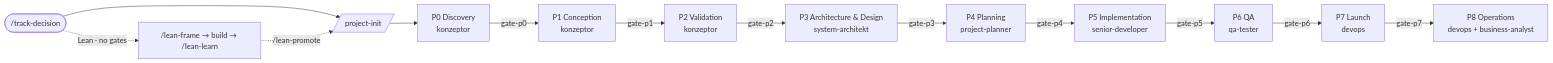
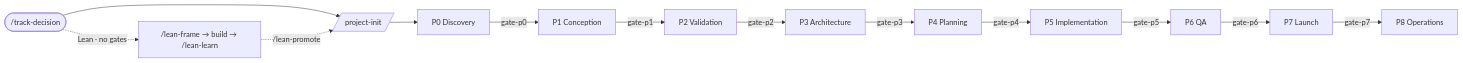
One commit to jonase47/ccpr changed the diagram in README.md. Above: the diagram before and after it, drawn with Mermaid. The commit also changed other lines of this file, not shown here.

Commit message:
docs(readme): slim phase diagram nodes, move lead agents to a legend
Drop the per-node agent line so the single LR row is much narrower; list
lead agents in a one-line caption below the diagram instead.

````diff
--- a/README.md
+++ b/README.md
@@ -41,16 +41,16 @@
 ```mermaid
 flowchart LR
     Start([/track-decision]) --> Init[/project-init/]
-    Init --> P0["P0 Discovery<br/>konzeptor"]
-    P0 -->|gate-p0| P1["P1 Conception<br/>konzeptor"]
-    P1 -->|gate-p1| P2["P2 Validation<br/>konzeptor"]
-    P2 -->|gate-p2| P3["P3 Architecture &amp; Design<br/>system-architekt"]
-    P3 -->|gate-p3| P4["P4 Planning<br/>project-planner"]
-    P4 -->|gate-p4| P5["P5 Implementation<br/>senior-developer"]
-    P5 -->|gate-p5| P6["P6 QA<br/>qa-tester"]
-    P6 -->|gate-p6| P7["P7 Launch<br/>devops"]
-    P7 -->|gate-p7| P8["P8 Operations<br/>devops + business-analyst"]
+    Init --> P0[P0 Discovery]
+    P0 -->|gate-p0| P1[P1 Conception]
+    P1 -->|gate-p1| P2[P2 Validation]
+    P2 -->|gate-p2| P3[P3 Architecture]
+    P3 -->|gate-p3| P4[P4 Planning]
+    P4 -->|gate-p4| P5[P5 Implementation]
+    P5 -->|gate-p5| P6[P6 QA]
+    P6 -->|gate-p6| P7[P7 Launch]
+    P7 -->|gate-p7| P8[P8 Operations]
 
     Start -. "Lean · no gates" .-> Lean["/lean-frame → build → /lean-learn"]
     Lean -. /lean-promote .-> Init
 ```
````
